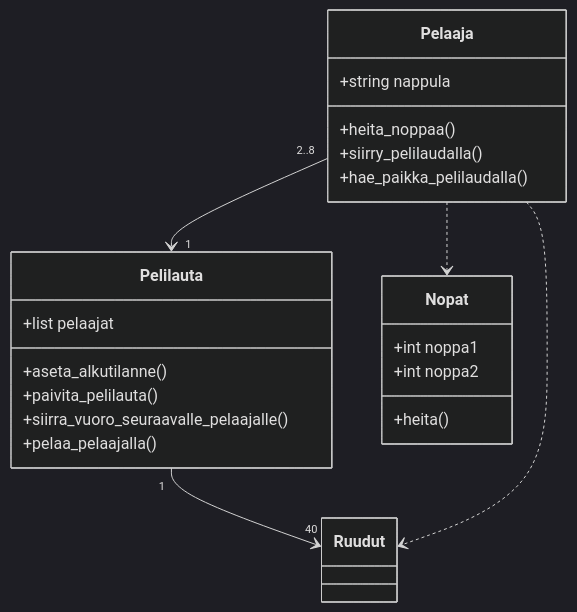
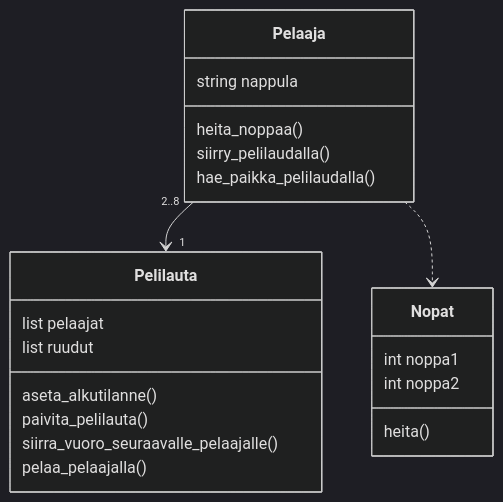
The diagram in laskarit/viikko3/tehtava1.md (Kaabero/ot-harjoitustyo), drawn with Mermaid (dark theme) before and after one commit.

````diff
--- a/laskarit/viikko3/tehtava1.md
+++ b/laskarit/viikko3/tehtava1.md
@@ -2,29 +2,29 @@
 ```mermaid
  classDiagram
       Pelaaja "2..8" --> "1" Pelilauta
-      Pelilauta "1" --> "40" Ruudut
       Pelaaja ..> Nopat
-      Pelaaja ..> Ruudut
+      
       
       class Pelaaja{
-        +string nappula
-        +heita_noppaa()
-        +siirry_pelilaudalla()
-        +hae_paikka_pelilaudalla()
+        string nappula
+        heita_noppaa()
+        siirry_pelilaudalla()
+        hae_paikka_pelilaudalla()
         
       } 
       class Pelilauta {
-        +list pelaajat
-        +aseta_alkutilanne()
-        +paivita_pelilauta()
-        +siirra_vuoro_seuraavalle_pelaajalle()
-        +pelaa_pelaajalla()
+        list pelaajat
+        list ruudut
+        aseta_alkutilanne()
+        paivita_pelilauta()
+        siirra_vuoro_seuraavalle_pelaajalle()
+        pelaa_pelaajalla()
           
       }
       class Nopat {
-       +int noppa1
-       +int noppa2
-       +heita()
+       int noppa1
+       int noppa2
+       heita()
        }
      
 ```
````
